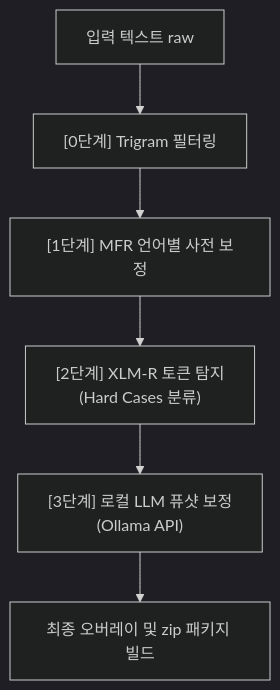
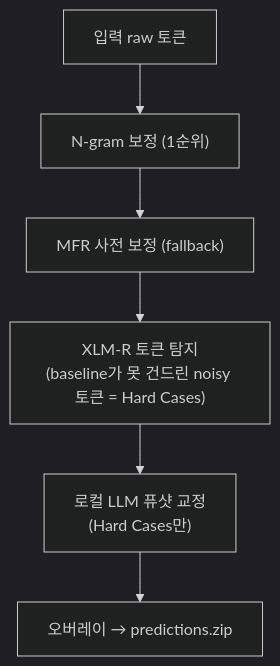
The diagram in README.md (jaeiko/MultiLexNorm_HW11), drawn with Mermaid (dark theme) before and after one commit. The commit also changed other lines of this file and 12 other files, not shown here.

````diff
--- a/README.md
+++ b/README.md
@@ -13,8 +13,8 @@
 ```mermaid
 graph TD
-    A[입력 텍스트 raw] --> B["[0단계] Trigram 필터링"]
-    B --> C["[1단계] MFR 언어별 사전 보정"]
-    C --> D["[2단계] XLM-R 토큰 탐지 <br> (Hard Cases 분류)"]
-    D --> E["[3단계] 로컬 LLM 퓨샷 보정 <br> (Ollama API)"]
-    E --> F[최종 오버레이 및 zip 패키지 빌드]
+    A[입력 raw 토큰] --> B["N-gram 보정 (1순위)"]
+    B --> C["MFR 사전 보정 (fallback)"]
+    C --> D["XLM-R 토큰 탐지<br/>(baseline가 못 건드린 noisy 토큰 = Hard Cases)"]
+    D --> E["로컬 LLM 퓨샷 교정<br/>(Hard Cases만)"]
+    E --> F["오버레이 → predictions.zip"]
 ```
````
